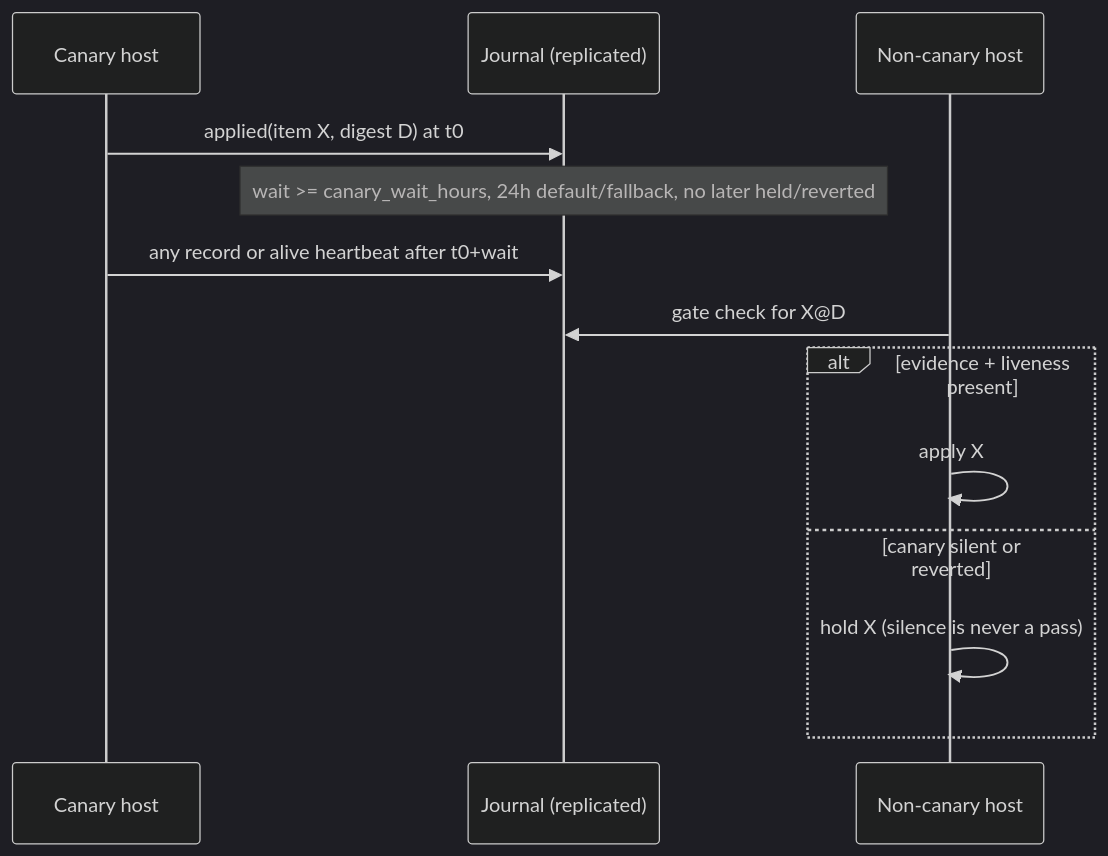
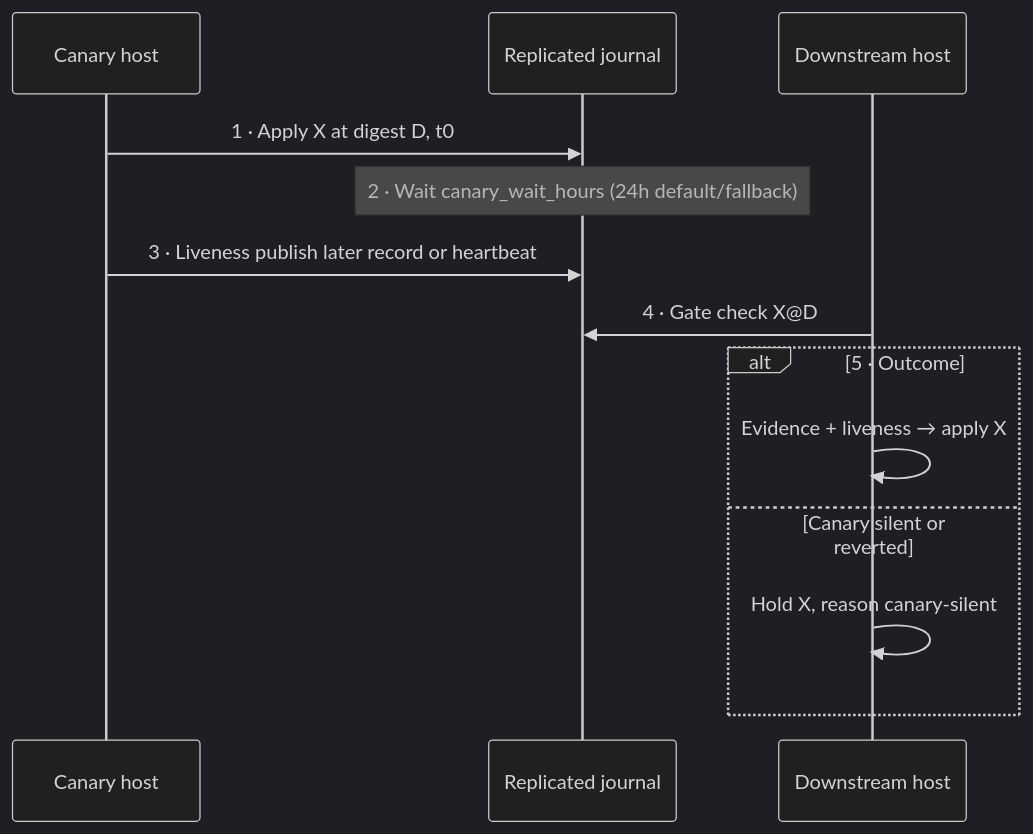
Before and after one commit to novotnyllc/railyard: the diagram in site/src/diagrams/m8-canary-evidence.mmd, drawn with Mermaid (dark theme). The commit also changed 35 other files, not shown here.

First line of the commit message:
docs: narrative stage 2 — sequence-narrative diagrams

```diff
--- a/site/src/diagrams/m8-canary-evidence.mmd
+++ b/site/src/diagrams/m8-canary-evidence.mmd
@@ -1,13 +1,15 @@
 sequenceDiagram
+    accTitle: M8 canary evidence sequence
+    accDescr: A canary applies an exact digest, waits through the configured window, publishes liveness, and lets a downstream host apply or hold the same digest. Silence or a revert is never a pass.
     participant Can as Canary host
-    participant J as Journal (replicated)
-    participant H as Non-canary host
-    Can->>J: applied(item X, digest D) at t0
-    Note over J: wait >= canary_wait_hours, 24h default/fallback, no later held/reverted
-    Can->>J: any record or alive heartbeat after t0+wait
-    H->>J: gate check for X@D
-    alt evidence + liveness present
-        H->>H: apply X
-    else canary silent or reverted
-        H->>H: hold X (silence is never a pass)
+    participant J as Replicated journal
+    participant H as Downstream host
+    Can->>J: 1 · Apply X at digest D, t0
+    Note over J: 2 · Wait canary_wait_hours (24h default/fallback)
+    Can->>J: 3 · Liveness publish later record or heartbeat
+    H->>J: 4 · Gate check X@D
+    alt 5 · Outcome
+        H->>H: Evidence + liveness → apply X
+    else Canary silent or reverted
+        H->>H: Hold X, reason canary-silent
     end
```
